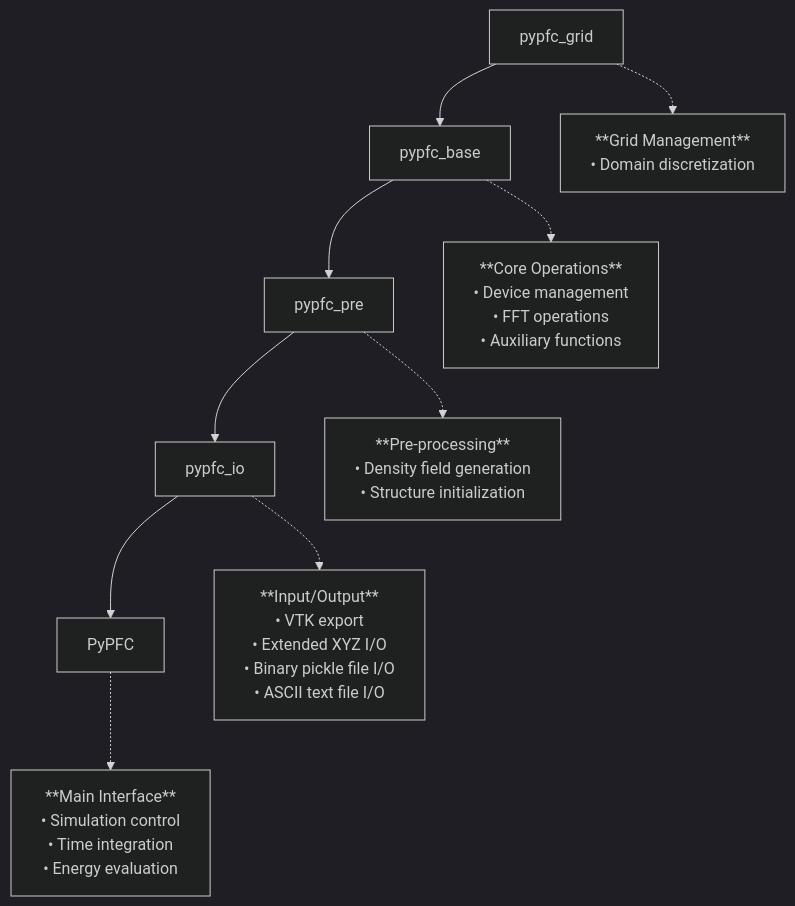
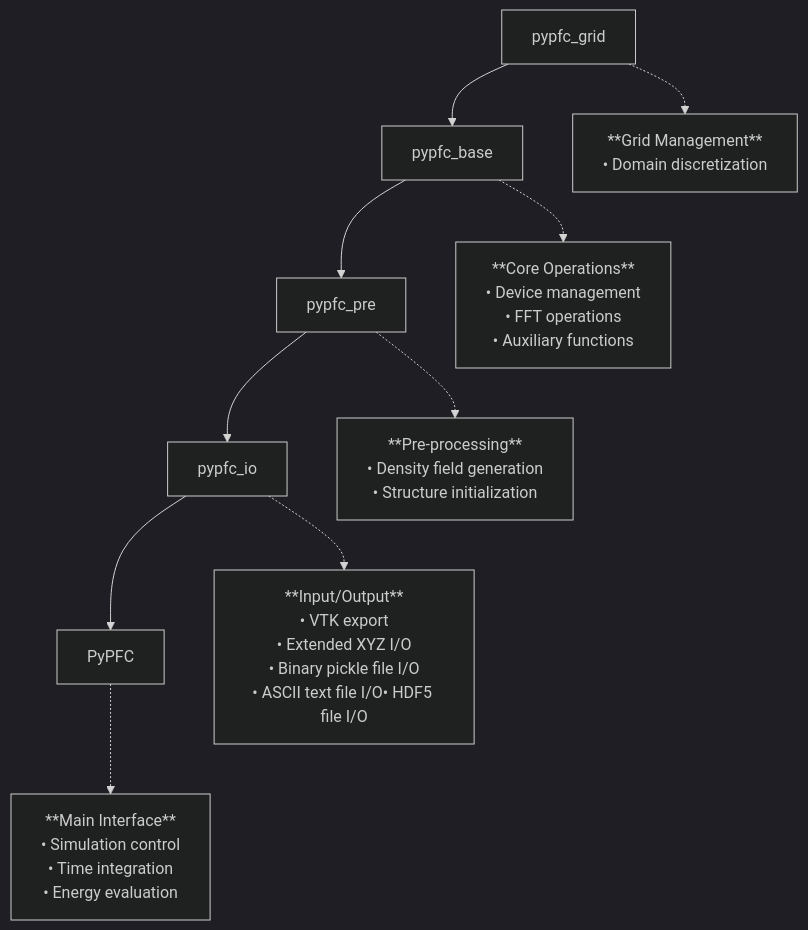
Before and after one commit to HHallb/pyPFC: the diagram in docs/api/core.md, drawn with Mermaid (dark theme). The commit also changed 15 other files, not shown here.

````diff
--- a/docs/api/core.md
+++ b/docs/api/core.md
@@ -167,13 +167,13 @@
 ```mermaid
 graph TD
     A[pypfc_grid] --> B[pypfc_base]
     B --> C[pypfc_pre]
     C --> D[pypfc_io]
     D --> E[PyPFC]
     
     A -.-> F[**Grid Management**<br/>• Domain discretization<br/>]
     B -.-> G[**Core Operations**<br/>• Device management<br/>• FFT operations<br/>• Auxiliary functions]
     C -.-> H[**Pre-processing**<br/>• Density field generation<br/>• Structure initialization<br/>]
-    D -.-> I[**Input/Output**<br/>• VTK export<br/>• Extended XYZ I/O<br/>• Binary pickle file I/O<br/>• ASCII text file I/O]
+    D -.-> I[**Input/Output**<br/>• VTK export<br/>• Extended XYZ I/O<br/>• Binary pickle file I/O<br/>• ASCII text file I/O• HDF5 file I/O]
     E -.-> J[**Main Interface**<br/>• Simulation control<br/>• Time integration<br/>• Energy evaluation]
 ```
````
